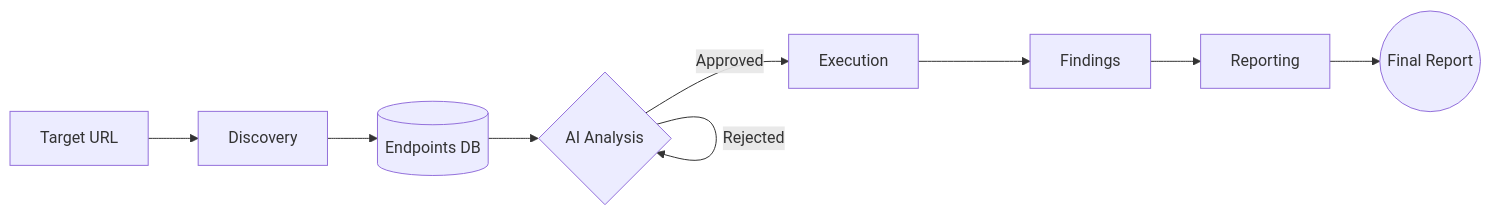
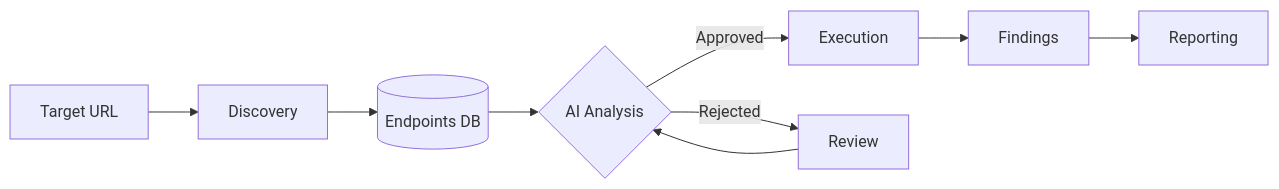
Before and after one commit to JoseMariaMicoli/VaporTrace: the second of 2 diagrams in README.md, drawn with Mermaid. The commit also changed other lines of this file, not shown here.

Commit message:
Fixed README mermaid

````diff
--- a/README.md
+++ b/README.md
@@ -254,11 +268,11 @@
 ```mermaid
 graph LR
-    A["Target URL"] --> B["Discovery"]
-    B --> C[("Endpoints DB")]
-    C --> D{"AI Analysis"}
-    D -->|Approved| E["Execution"]
-    D -->|Rejected| D
-    E --> F["Findings"]
-    F --> G["Reporting"]
-    G --> H(("Final Report"))
+    A[Target URL] --> B[Discovery]
+    B --> C[(Endpoints DB)]
+    C --> D{AI Analysis}
+    D -->|Approved| E[Execution]
+    D -->|Rejected| F[Review]
+    F --> D
+    E --> G[Findings]
+    G --> H[Reporting]
 ```
````
